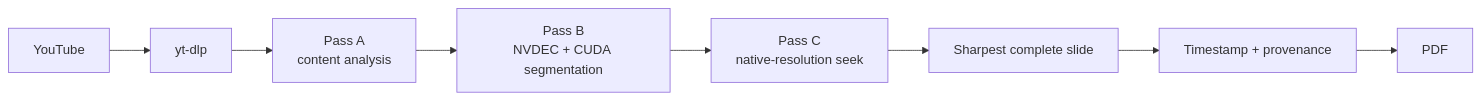
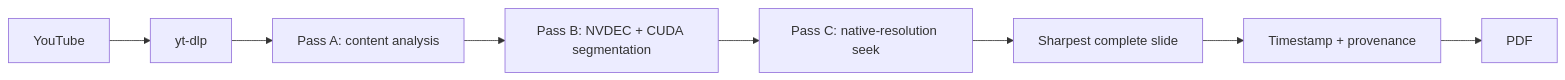
The second of 2 diagrams in README.md (LuisAlbertoMunozUbando/Vision-From-Youtube), drawn with Mermaid before and after one commit. The commit also changed other lines of this file, not shown here.

````diff
--- a/README.md
+++ b/README.md
@@ -74,10 +74,10 @@
 ```mermaid
 flowchart LR
     A[YouTube] --> B[yt-dlp]
-    B --> C[Pass A\ncontent analysis]
-    C --> D[Pass B\nNVDEC + CUDA segmentation]
-    D --> E[Pass C\nnative-resolution seek]
+    B --> C[Pass A: content analysis]
+    C --> D[Pass B: NVDEC + CUDA segmentation]
+    D --> E[Pass C: native-resolution seek]
     E --> F[Sharpest complete slide]
     F --> G[Timestamp + provenance]
     G --> H[PDF]
 ```
````
